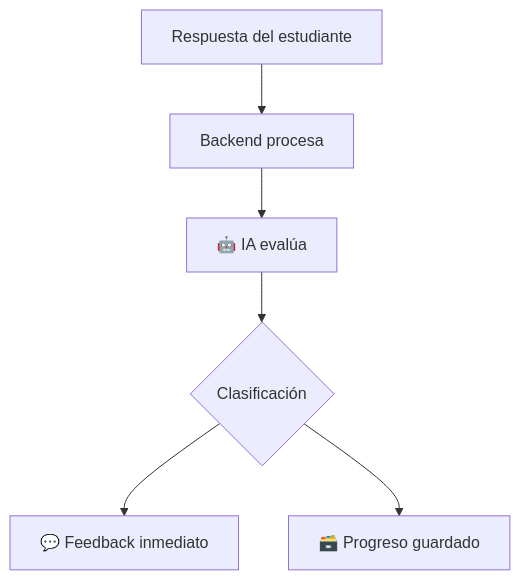
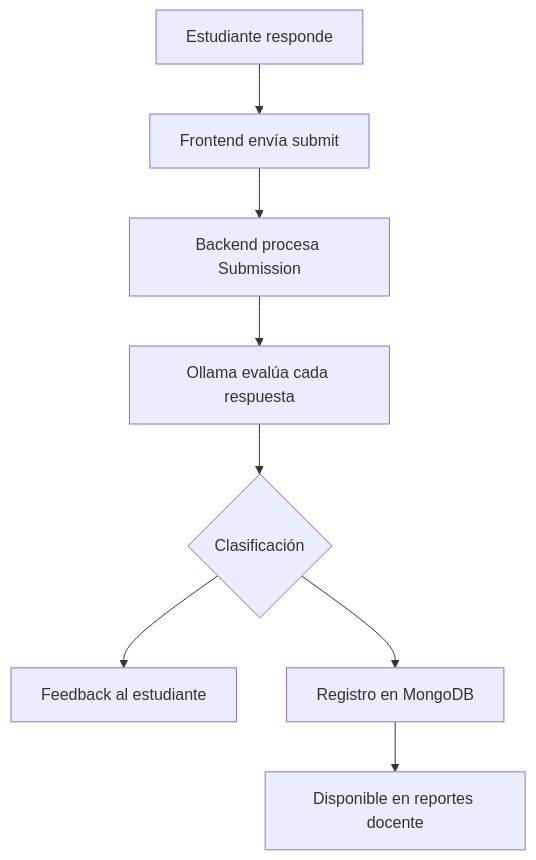
One commit to Nilton-Lazo/proyecto-mern-ia changed the fourth of 6 diagrams in PPT_IMPLEMENTACION_DEMOSTRACION_ICACIT.md. Above: the diagram before and after it, drawn with Mermaid. The commit also changed other lines of this file and 1 other file, not shown here.

````diff
--- a/PPT_IMPLEMENTACION_DEMOSTRACION_ICACIT.md
+++ b/PPT_IMPLEMENTACION_DEMOSTRACION_ICACIT.md
@@ -173,8 +174,10 @@
 ```mermaid
 flowchart TD
-    A[Respuesta del estudiante] --> B[Backend procesa]
-    B --> C[🤖 IA evalúa]
-    C --> D{Clasificación}
-    D --> E[💬 Feedback inmediato]
-    D --> F[🗃️ Progreso guardado]
+    A[Estudiante responde] --> B[Frontend envía submit]
+    B --> C[Backend procesa Submission]
+    C --> D[Ollama evalúa cada respuesta]
+    D --> E{Clasificación}
+    E --> F[Feedback al estudiante]
+    E --> G[Registro en MongoDB]
+    G --> H[Disponible en reportes docente]
 ```
````
